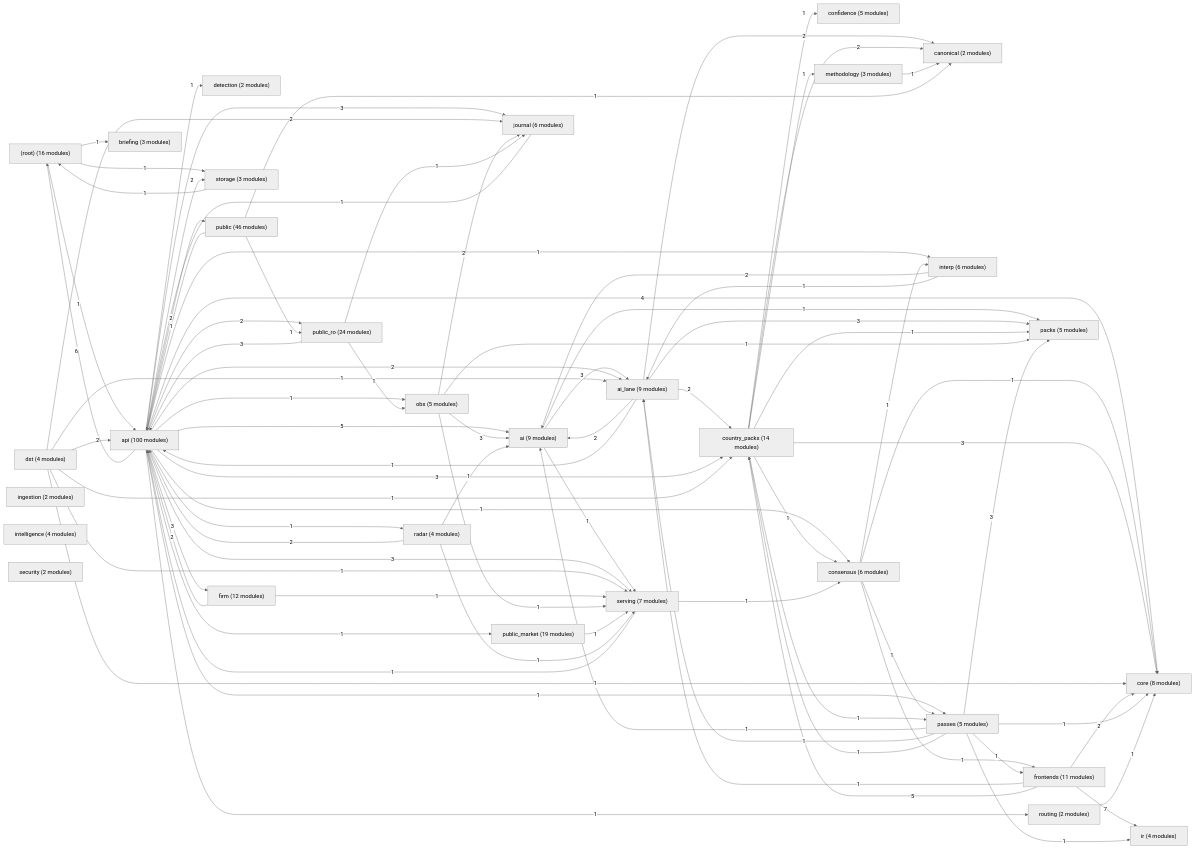
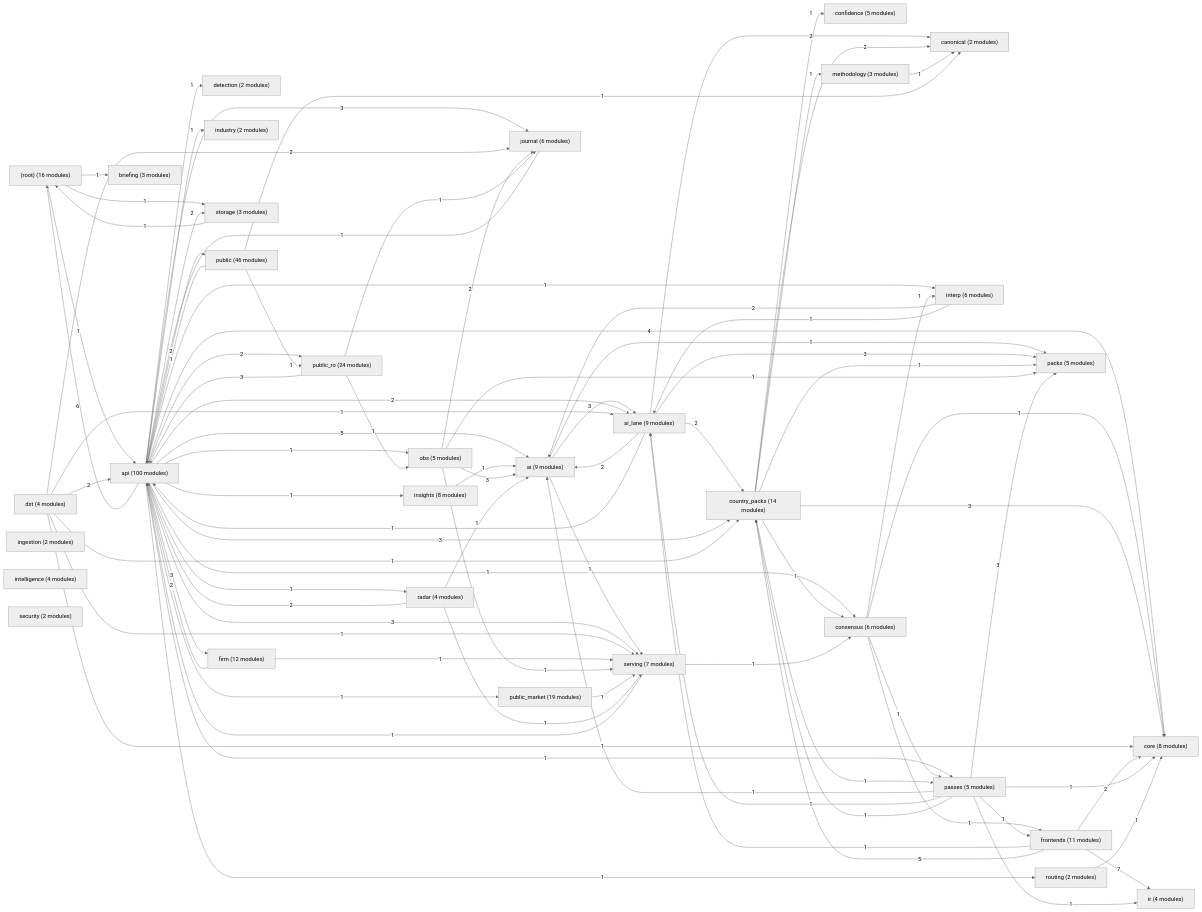
The second of 3 diagrams in docs/engine_book/architecture.md (AlexDC100/cfo-ai.io), drawn with Mermaid (neutral theme) before and after one commit. The commit also changed other lines of this file and 2 other files, not shown here.

```diff
--- a/docs/engine_book/architecture.md
+++ b/docs/engine_book/architecture.md
@@ -47,7 +47,9 @@
     pkg_dst["dst (4 modules)"]
     pkg_firm["firm (12 modules)"]
     pkg_frontends["frontends (11 modules)"]
+    pkg_industry["industry (2 modules)"]
     pkg_ingestion["ingestion (2 modules)"]
+    pkg_insights["insights (8 modules)"]
     pkg_intelligence["intelligence (4 modules)"]
     pkg_interp["interp (6 modules)"]
     pkg_ir["ir (4 modules)"]
@@ -83,6 +85,8 @@
     pkg_api -->|3| pkg_country_packs
     pkg_api -->|1| pkg_detection
     pkg_api -->|3| pkg_firm
+    pkg_api -->|1| pkg_industry
+    pkg_api -->|1| pkg_insights
     pkg_api -->|1| pkg_interp
     pkg_api -->|3| pkg_journal
     pkg_api -->|1| pkg_obs
@@ -117,6 +121,7 @@
     pkg_frontends -->|2| pkg_core
     pkg_frontends -->|5| pkg_country_packs
     pkg_frontends -->|7| pkg_ir
+    pkg_insights -->|1| pkg_ai
     pkg_interp -->|2| pkg_ai
     pkg_interp -->|1| pkg_ai_lane
     pkg_journal -->|1| pkg_api
```
